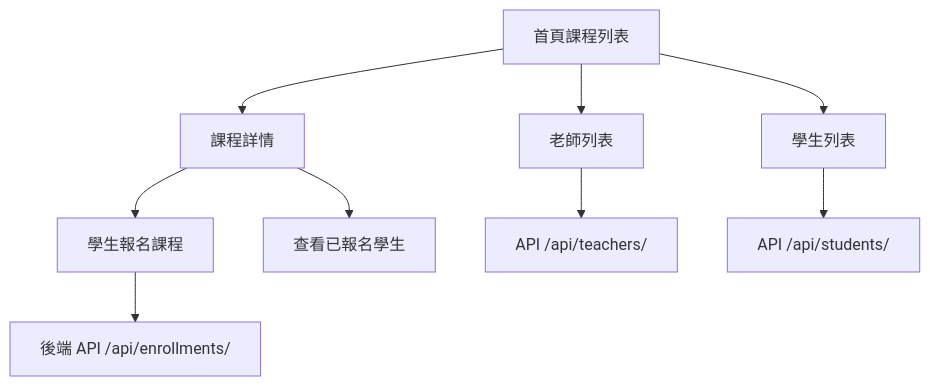
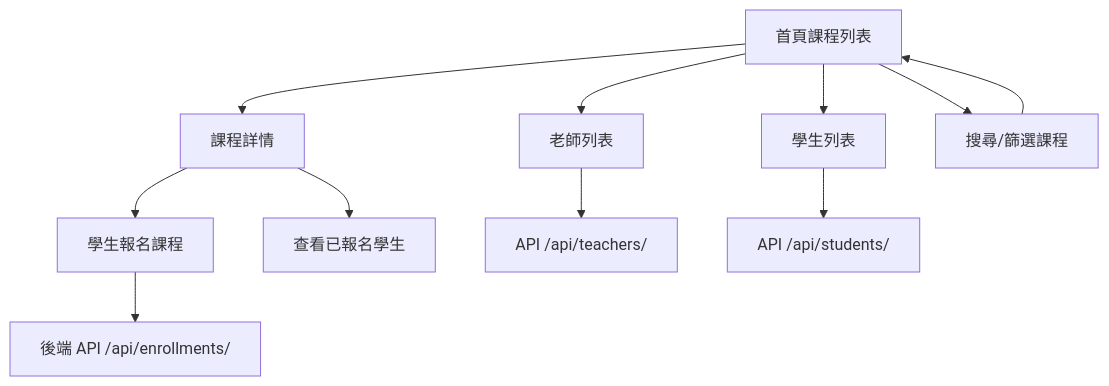
Before and after one commit to tina0326-88/202507-django-practice: the diagram in README.md, drawn with Mermaid. The commit also changed other lines of this file and 9 other files, not shown here.

````diff
--- a/README.md
+++ b/README.md
@@ -327,11 +73,13 @@
 ```mermaid
 flowchart TD
     A[首頁課程列表] --> B[課程詳情]
     B --> C[學生報名課程]
     B --> D[查看已報名學生]
     A --> E[老師列表]
     A --> F[學生列表]
+    A --> J[搜尋/篩選課程]
+    J --> A
     C --> G[後端 API /api/enrollments/]
     E --> H[API /api/teachers/]
     F --> I[API /api/students/]
 ```
````
